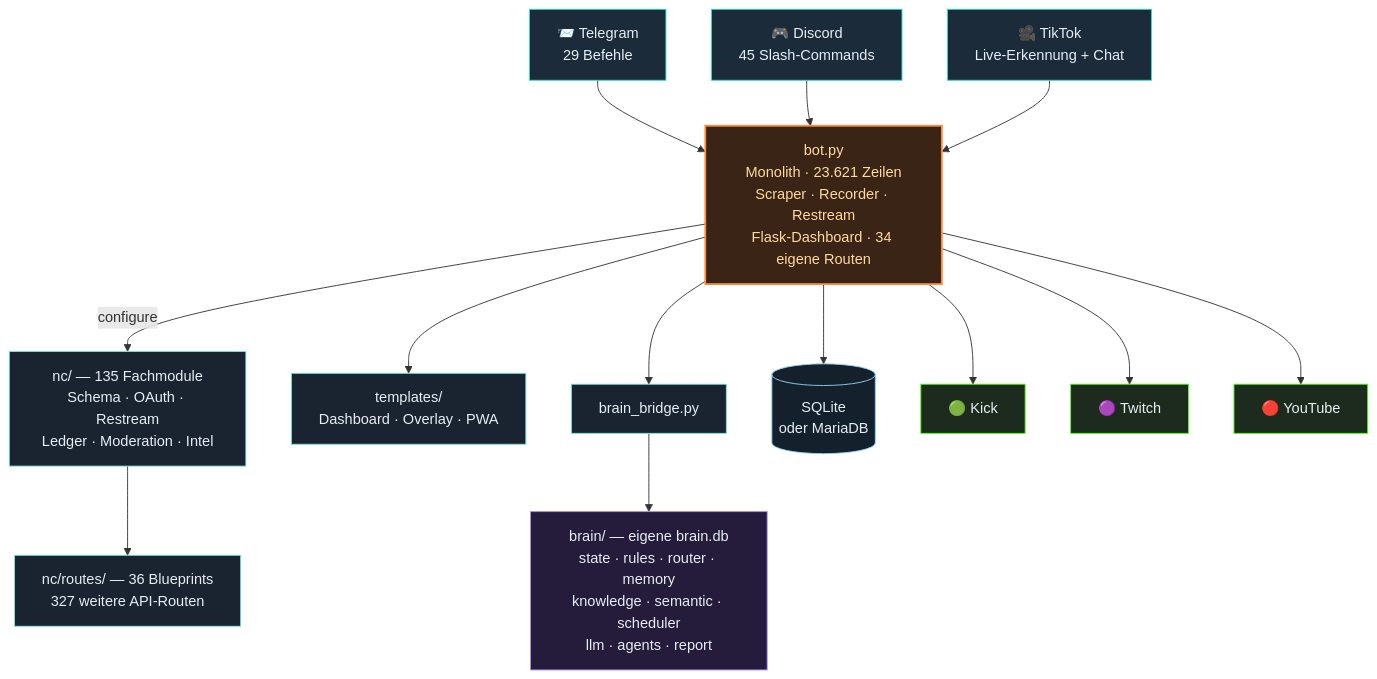
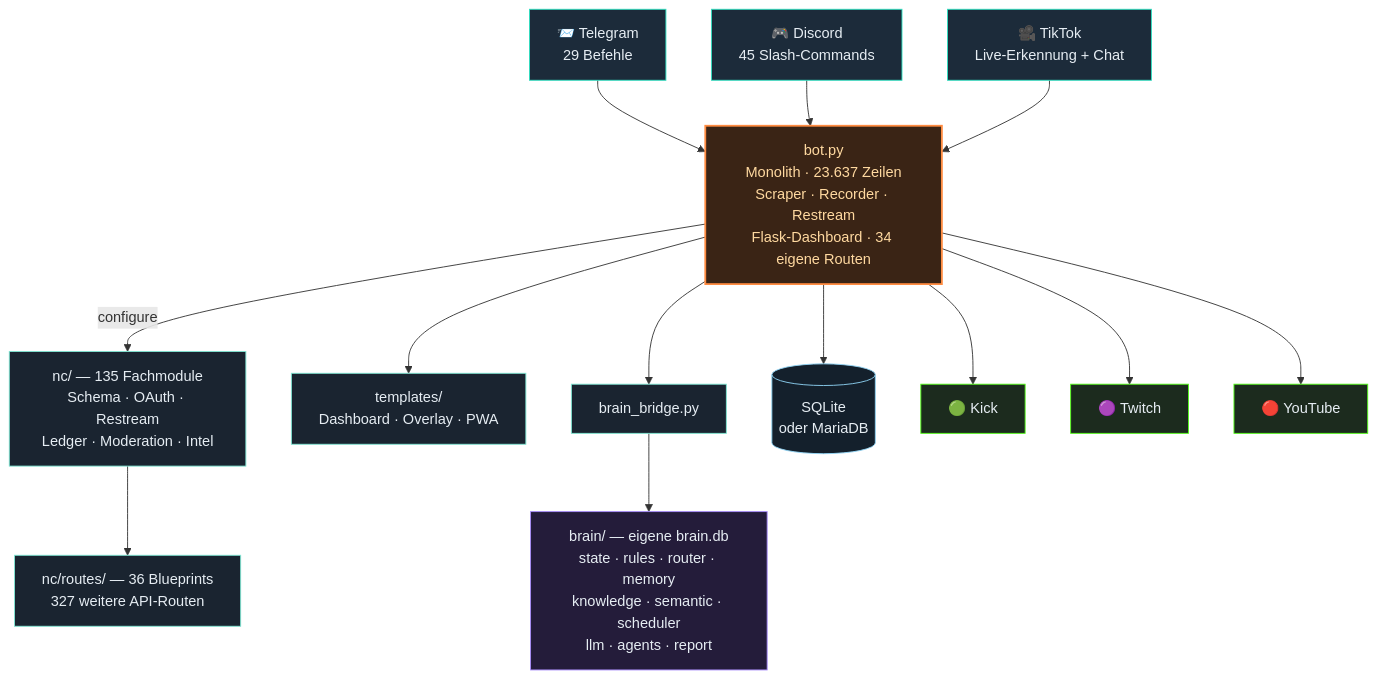
Before and after one commit to itsamemedev/Telegram-Stream-Info-Bot: the third of 4 diagrams in README.md, drawn with Mermaid. The commit also changed other lines of this file and 7 other files, not shown here.

````diff
--- a/README.md
+++ b/README.md
@@ -189,30 +189,30 @@
 ```mermaid
 flowchart TB
     TG["📨 Telegram<br/>29 Befehle"]:::ein
     DC["🎮 Discord<br/>45 Slash-Commands"]:::ein
     TT["🎥 TikTok<br/>Live-Erkennung + Chat"]:::ein
 
     TG --> BOT
     DC --> BOT
     TT --> BOT
 
-    BOT["bot.py<br/>Monolith · 23.621 Zeilen<br/>Scraper · Recorder · Restream<br/>Flask-Dashboard · 34 eigene Routen"]:::core
+    BOT["bot.py<br/>Monolith · 23.637 Zeilen<br/>Scraper · Recorder · Restream<br/>Flask-Dashboard · 34 eigene Routen"]:::core
 
     BOT -->|configure| NC["nc/ — 135 Fachmodule<br/>Schema · OAuth · Restream<br/>Ledger · Moderation · Intel"]:::lib
     NC --> RT["nc/routes/ — 36 Blueprints<br/>327 weitere API-Routen"]:::lib
     BOT --> TPL["templates/<br/>Dashboard · Overlay · PWA"]:::lib
     BOT --> BR["brain_bridge.py"]:::lib
     BR --> BRAIN["brain/ — eigene brain.db<br/>state · rules · router · memory<br/>knowledge · semantic · scheduler<br/>llm · agents · report"]:::brain
     BOT --> DB[("SQLite<br/>oder MariaDB")]:::db
 
     BOT --> KICK["🟢 Kick"]:::out
     BOT --> TW["🟣 Twitch"]:::out
     BOT --> YT["🔴 YouTube"]:::out
 
     classDef ein fill:#1c2b3a,stroke:#2de1c2,color:#e6edf3
     classDef core fill:#3a2415,stroke:#ff8c42,stroke-width:2px,color:#ffd9a0
     classDef lib fill:#1a2430,stroke:#7fe7d4,color:#e6edf3
     classDef brain fill:#241c3a,stroke:#a78bfa,color:#e6edf3
     classDef db fill:#14202c,stroke:#8fd3f4,color:#e6edf3
     classDef out fill:#1c2b1e,stroke:#53fc18,color:#e6edf3
 ```
````
